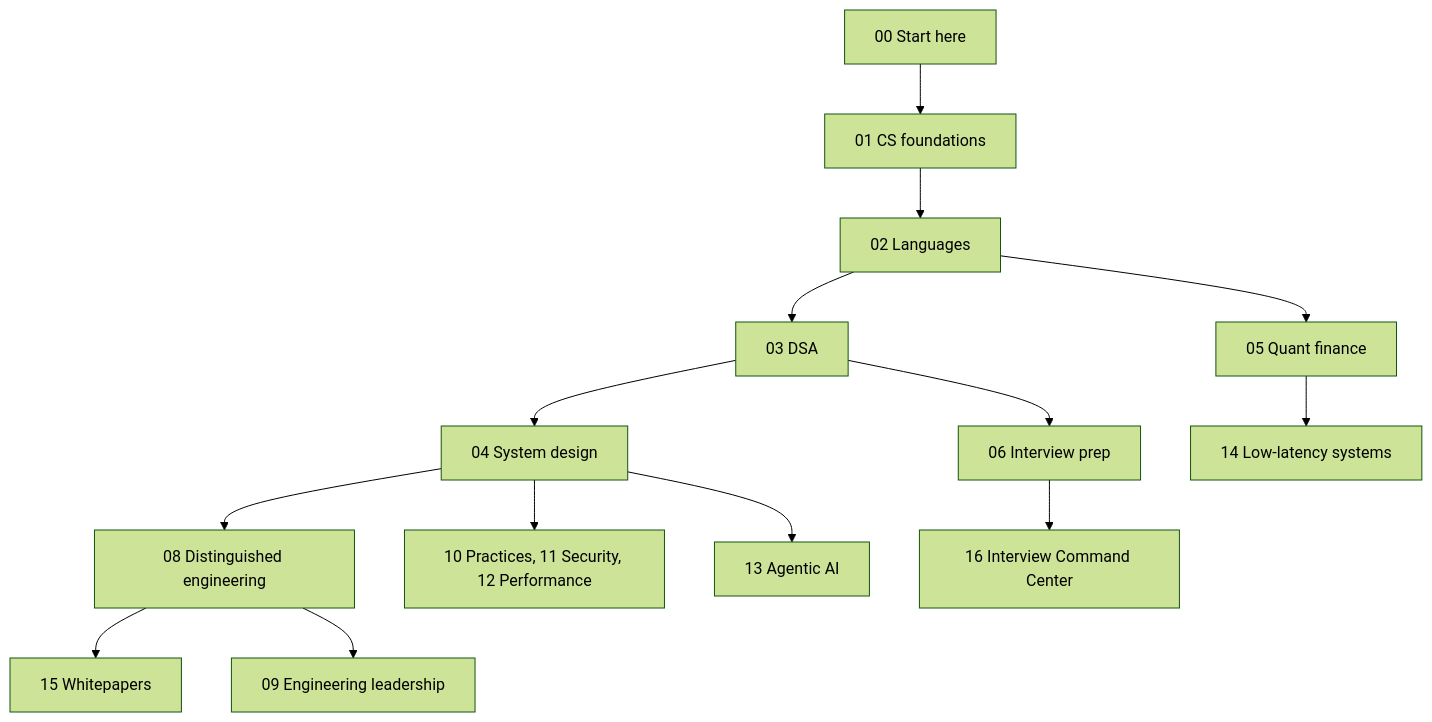
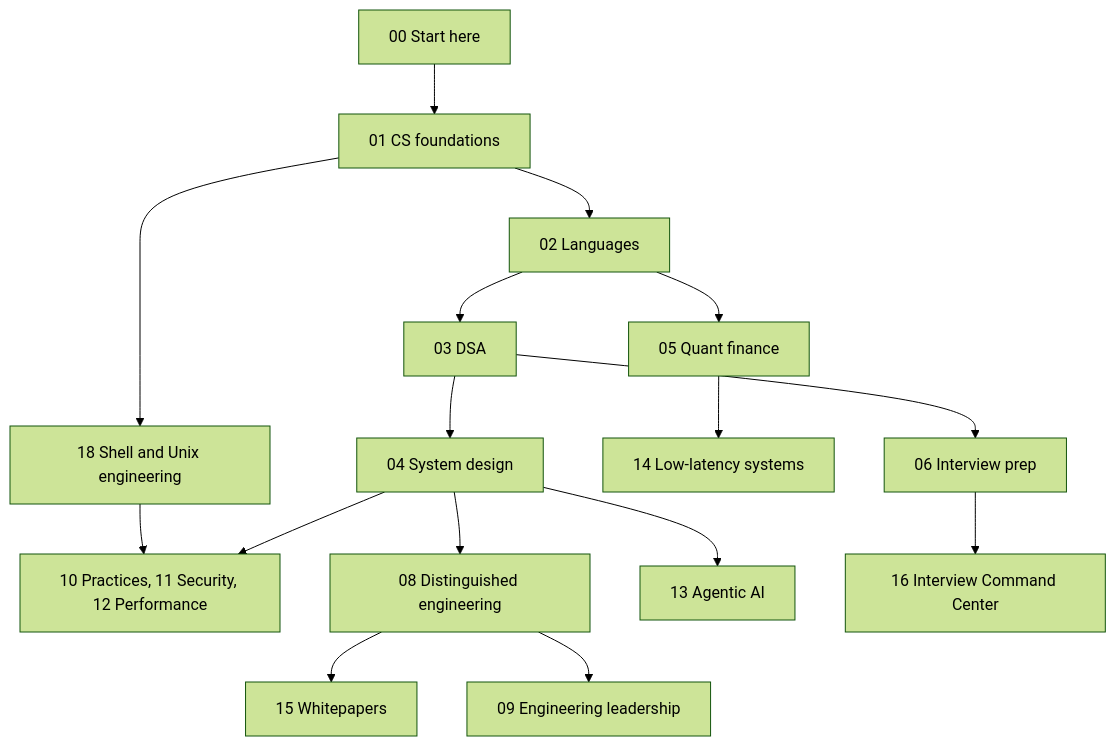
Before and after one commit to shreejitverma/SDE-Interview-Prep: the first of 5 diagrams in 00-Start-Here/Roadmap.md, drawn with Mermaid (forest theme). The commit also changed other lines of this file and 239 other files, not shown here.

````diff
--- a/00-Start-Here/Roadmap.md
+++ b/00-Start-Here/Roadmap.md
@@ -22,16 +22,18 @@
 ```mermaid
 flowchart TD
     Start["00 Start here"] --> Foundations["01 CS foundations"]
     Foundations --> Languages["02 Languages"]
+    Foundations --> Shell["18 Shell and Unix engineering"]
+    Shell --> Practices
     Languages --> DSA["03 DSA"]
     DSA --> Design["04 System design"]
     Design --> Distinguished["08 Distinguished engineering"]
     Distinguished --> Papers["15 Whitepapers"]
     Design --> Practices["10 Practices, 11 Security, 12 Performance"]
     Languages --> Quant["05 Quant finance"]
     Quant --> LowLatency["14 Low-latency systems"]
     Design --> Agentic["13 Agentic AI"]
     DSA --> Interview["06 Interview prep"]
     Interview --> Command["16 Interview Command Center"]
     Distinguished --> Leadership["09 Engineering leadership"]
 ```
````
